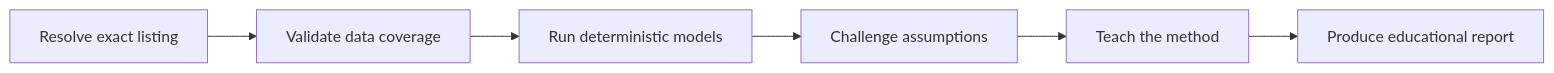
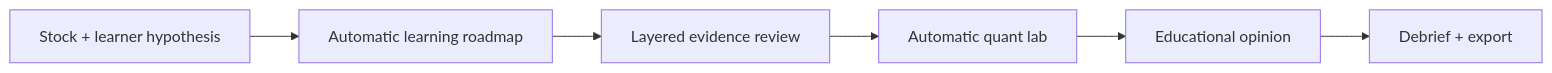
One commit to MT7654/longviewresearch changed the first of 2 diagrams in README.md. Above: the diagram before and after it, drawn with Mermaid. The commit also changed other lines of this file and 14 other files, not shown here.

````diff
--- a/README.md
+++ b/README.md
@@ -42,8 +36,8 @@
 ```mermaid
 flowchart LR
-    A[Resolve exact listing] --> B[Validate data coverage]
-    B --> C[Run deterministic models]
-    C --> D[Challenge assumptions]
-    D --> E[Teach the method]
-    E --> F[Produce educational report]
+    A["Stock + learner hypothesis"] --> B["Automatic learning roadmap"]
+    B --> C["Layered evidence review"]
+    C --> D["Automatic quant lab"]
+    D --> E["Educational opinion"]
+    E --> F["Debrief + export"]
 ```
````
